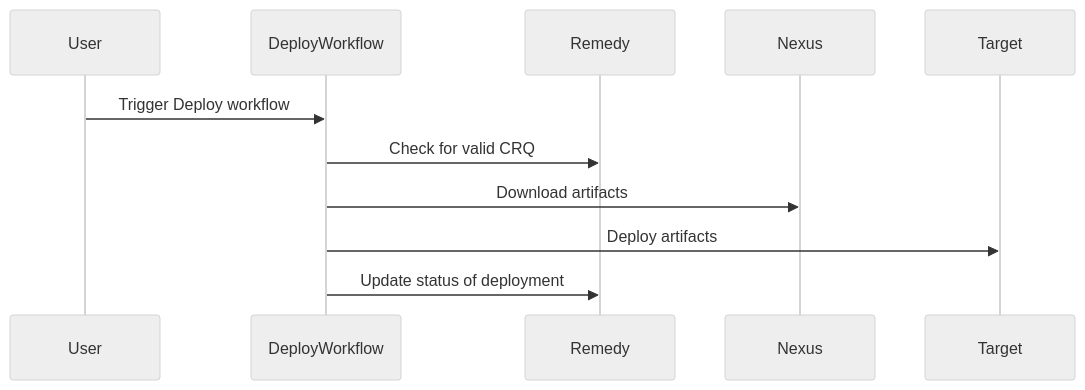
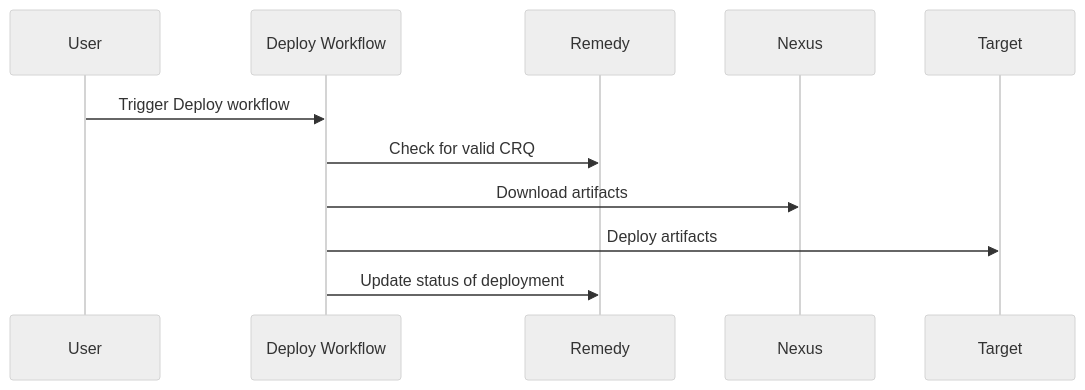
Before and after one commit to devarab1/Diagrams: the third of 3 diagrams in README.md, drawn with Mermaid (neutral theme). The commit also changed other lines of this file, not shown here.

````diff
--- a/README.md
+++ b/README.md
@@ -31,14 +31,14 @@
 ```mermaid
 sequenceDiagram
     participant User
-    participant DeployWorkflow
+    participant Deploy Workflow
     participant Remedy
     participant Nexus
     participant Target
 
-    User->>DeployWorkflow: Trigger Deploy workflow
-    DeployWorkflow->>Remedy: Check for valid CRQ
-    DeployWorkflow->>Nexus: Download artifacts
-    DeployWorkflow->>Target: Deploy artifacts
-    DeployWorkflow->>Remedy: Update status of deployment
+    User->>Deploy Workflow: Trigger Deploy workflow
+    Deploy Workflow->>Remedy: Check for valid CRQ
+    Deploy Workflow->>Nexus: Download artifacts
+    Deploy Workflow->>Target: Deploy artifacts
+    Deploy Workflow->>Remedy: Update status of deployment
 ```
````
